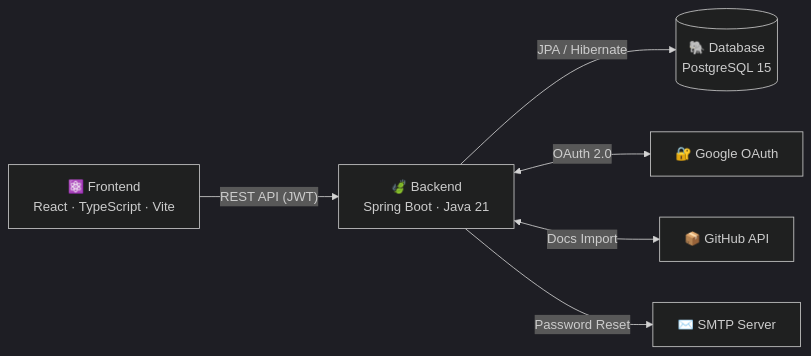
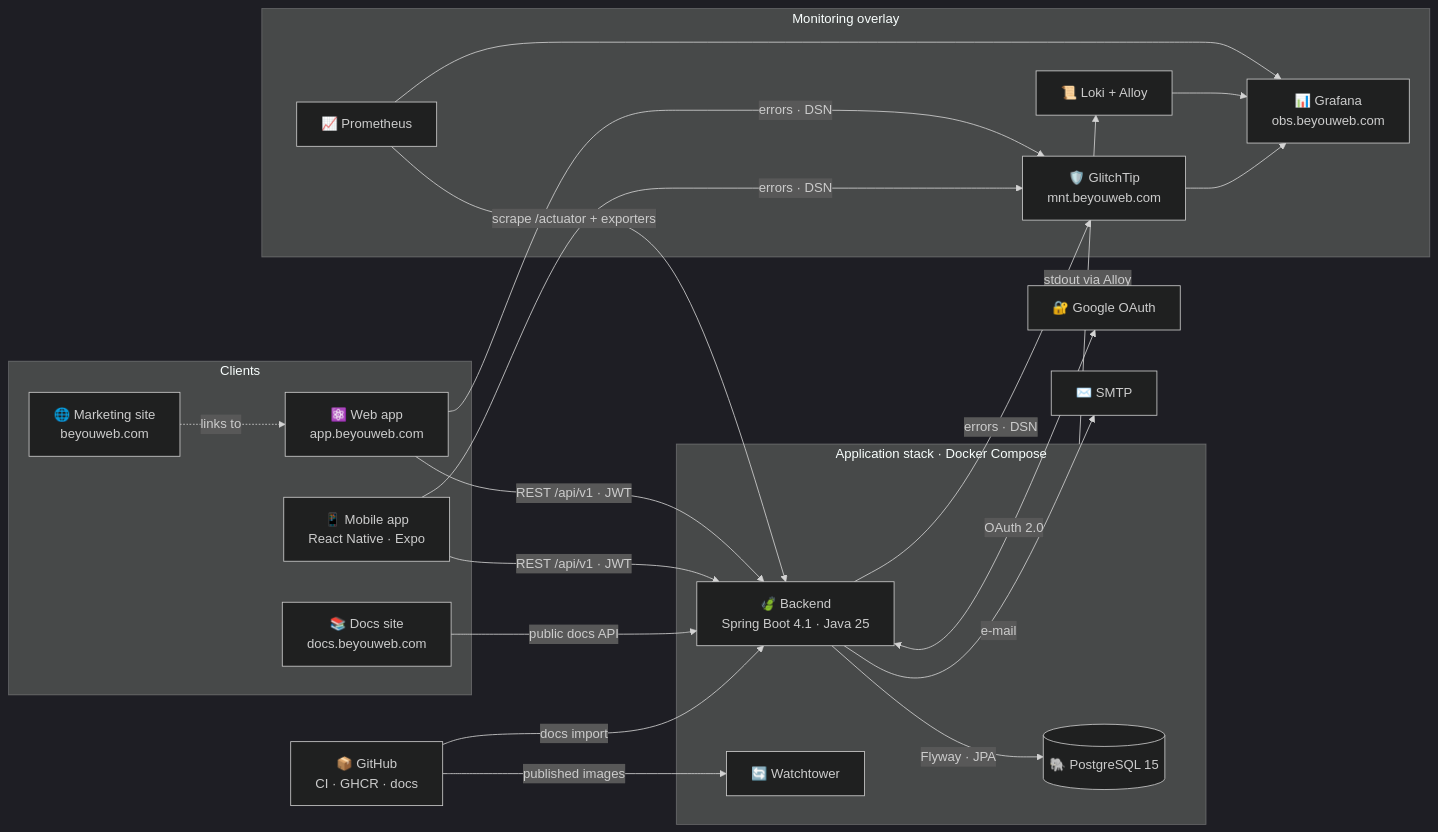
The diagram in architecture/overview/diagram.mmd (AndDev741/Beyou-arch-design), drawn with Mermaid (dark theme) before and after one commit. The commit also changed 3 other files, not shown here.

First line of the commit message:
docs(architecture): rewrite the overview around the production stack

```diff
--- a/architecture/overview/diagram.mmd
+++ b/architecture/overview/diagram.mmd
@@ -1,13 +1,42 @@
 flowchart LR
-  FE["⚛️ Frontend<br/>React · TypeScript · Vite"]
-  BE["🍃 Backend<br/>Spring Boot · Java 21"]
-  DB[("🐘 Database<br/>PostgreSQL 15")]
+  subgraph clients["Clients"]
+    WEB["⚛️ Web app<br/>app.beyouweb.com"]
+    MOB["📱 Mobile app<br/>React Native · Expo"]
+    DOCS["📚 Docs site<br/>docs.beyouweb.com"]
+    SITE["🌐 Marketing site<br/>beyouweb.com"]
+  end
+
+  subgraph server["Application stack · Docker Compose"]
+    BE["🍃 Backend<br/>Spring Boot 4.1 · Java 25"]
+    DB[("🐘 PostgreSQL 15")]
+    WT["🔄 Watchtower"]
+  end
+
+  subgraph mon["Monitoring overlay"]
+    PR["📈 Prometheus"]
+    LK["📜 Loki + Alloy"]
+    GT["🛡️ GlitchTip<br/>mnt.beyouweb.com"]
+    GF["📊 Grafana<br/>obs.beyouweb.com"]
+  end
+
   GO["🔐 Google OAuth"]
-  GH["📦 GitHub API"]
-  ML["✉️ SMTP Server"]
+  GH["📦 GitHub<br/>CI · GHCR · docs"]
+  ML["✉️ SMTP"]
 
-  FE -->|"REST API (JWT)"| BE
-  BE -->|JPA / Hibernate| DB
-  BE <-->|OAuth 2.0| GO
-  BE <-->|Docs Import| GH
-  BE -->|Password Reset| ML
+  SITE -.->|"links to"| WEB
+  WEB -->|"REST /api/v1 · JWT"| BE
+  MOB -->|"REST /api/v1 · JWT"| BE
+  DOCS -->|"public docs API"| BE
+  BE -->|"Flyway · JPA"| DB
+  BE <-->|"OAuth 2.0"| GO
+  GH -->|"docs import"| BE
+  GH -->|"published images"| WT
+  BE -->|"e-mail"| ML
+  PR -->|"scrape /actuator + exporters"| BE
+  server -->|"stdout via Alloy"| LK
+  WEB -->|"errors · DSN"| GT
+  MOB -->|"errors · DSN"| GT
+  BE -->|"errors · DSN"| GT
+  PR --> GF
+  LK --> GF
+  GT --> GF
```
